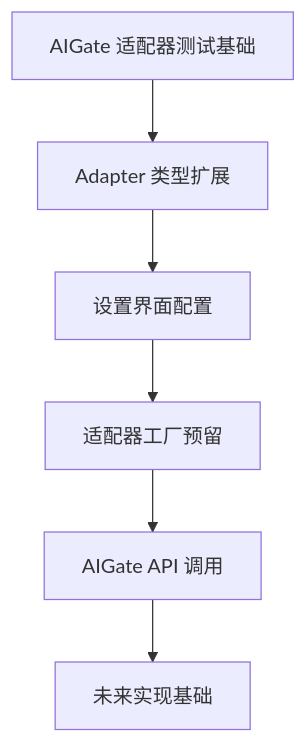
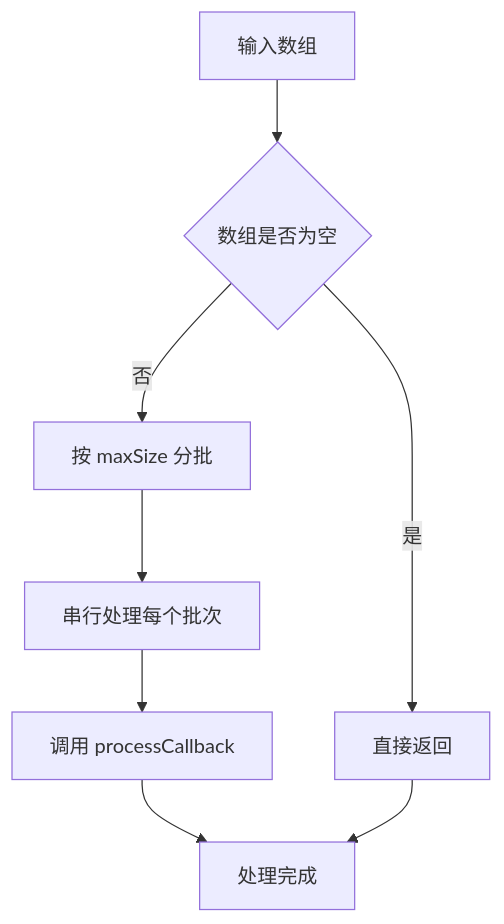
Before and after one commit to RadiumAg/bilibili-favorites: the seventh of 10 diagrams in .qoder/repowiki/zh/content/开发指南/测试策略与实践.md, drawn with Mermaid. The commit also changed other lines of this file and 47 other files, not shown here.

````diff
--- a/.qoder/repowiki/zh/content/开发指南/测试策略与实践.md
+++ b/.qoder/repowiki/zh/content/开发指南/测试策略与实践.md
@@ -277,8 +322,10 @@
 ```mermaid
 flowchart TD
-AIGate["AIGate 适配器测试基础"] --> Type["Adapter 类型扩展"]
-Type --> Config["设置界面配置"]
-Config --> Factory["适配器工厂预留"]
-Factory --> API["AIGate API 调用"]
-API --> Future["未来实现基础"]
+Input["输入数组"] --> CheckEmpty{"数组是否为空"}
+CheckEmpty --> |是| Return["直接返回"]
+CheckEmpty --> |否| Batch["按 maxSize 分批"]
+Batch --> Process["串行处理每个批次"]
+Process --> Callback["调用 processCallback"]
+Callback --> Complete["处理完成"]
+Return --> Complete
 ```
````
